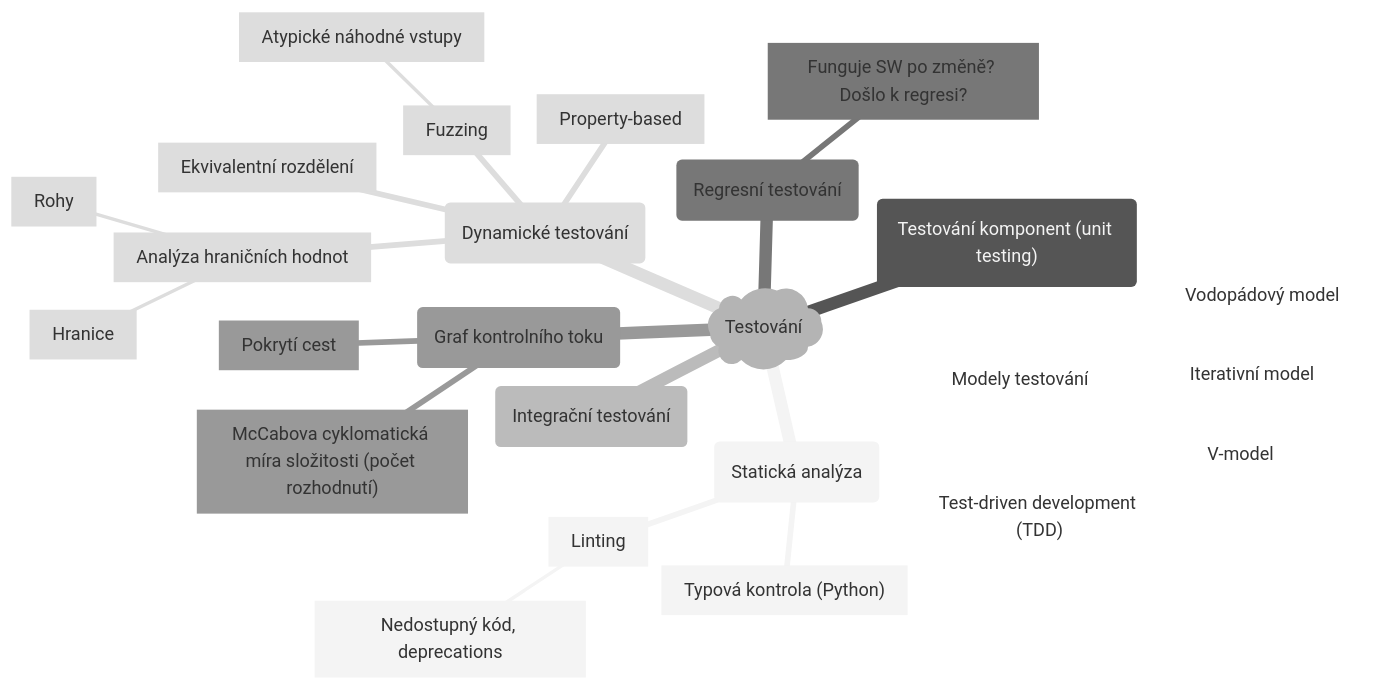
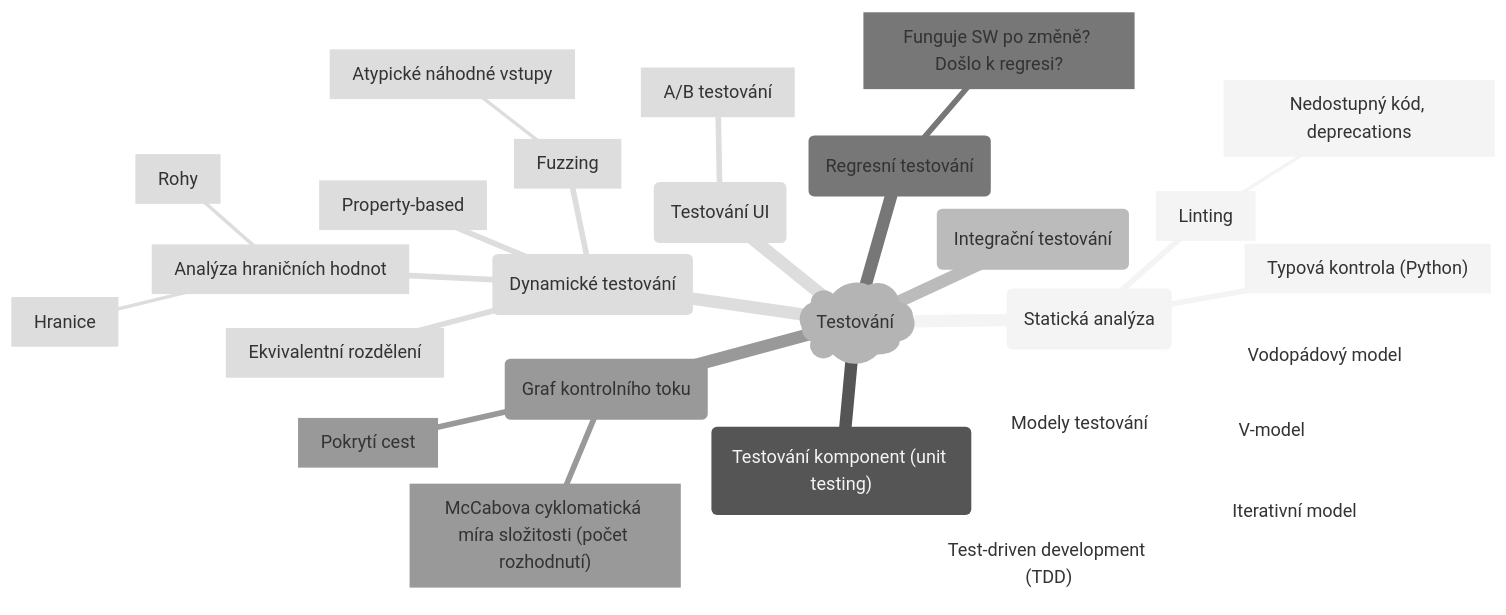
One commit to matejfric/mdbook changed the first of 18 diagrams in src/it/software_engineering.md. Above: the diagram before and after it, drawn with Mermaid (neutral theme). The commit also changed other lines of this file and 4 other files, not shown here.

````diff
--- a/src/it/software_engineering.md
+++ b/src/it/software_engineering.md
@@ -34,28 +34,30 @@
 ```mermaid
 mindmap
   root )Testování)
     (Statická analýza)
         ["Typová kontrola (Python)"]
         ["Linting"]
             [Nedostupný kód, deprecations]
     ("Testování komponent (unit testing)")
     (Integrační testování)
     (Regresní testování)
         [Funguje SW po změně? Došlo k regresi?]
     (Graf kontrolního toku)
         [Pokrytí cest]
         ["McCabova cyklomatická míra složitosti (počet rozhodnutí)"]
     (Dynamické testování)
         [Ekvivalentní rozdělení]
         [Analýza hraničních hodnot]
             [Hranice]
             [Rohy]
         [Fuzzing]
             [Atypické náhodné vstupy]
         [Property-based]
     (Modely testování)
         [Vodopádový model]
         [V-model]
         [Iterativní model]
         ["Test-driven development (TDD)"]
+    (Testování UI)
+        [A/B testování]
 ```
````
